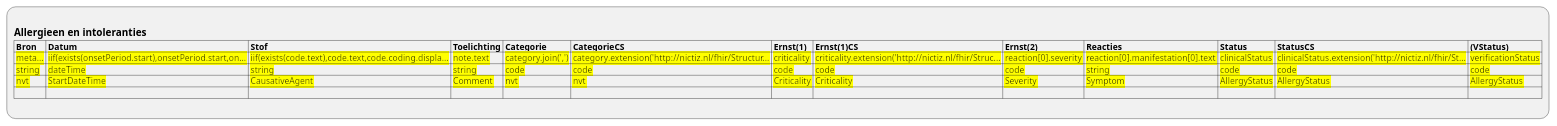
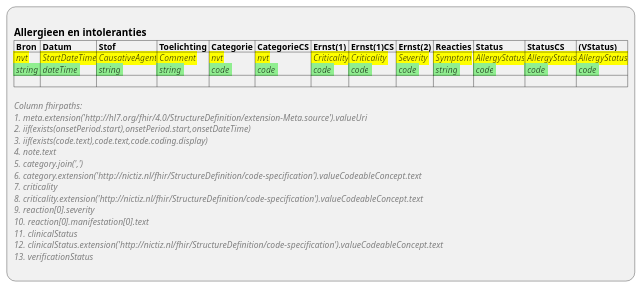
The diagram in input/images-source/ViewDefinition-AllergyIntolerance.plantuml (RIVO-Noord/zorgviewer-ig), drawn with PlantUML before and after one commit. The commit also changed 11 other files, not shown here.

```diff
--- a/input/images-source/ViewDefinition-AllergyIntolerance.plantuml
+++ b/input/images-source/ViewDefinition-AllergyIntolerance.plantuml
@@ -1,10 +1,23 @@
 @startuml ViewDefinition-AllergyIntolerance
 :
 == Allergieen en intoleranties
 |= Bron |= Datum |= Stof |= Toelichting |= Categorie |= CategorieCS |= Ernst(1) |= Ernst(1)CS |= Ernst(2) |= Reacties |= Status |= StatusCS |= (VStatus) |
-|<back:yellow> meta... |<back:yellow> iif(exists(onsetPeriod.start),onsetPeriod.start,on... |<back:yellow> iif(exists(code.text),code.text,code.coding.displa... |<back:yellow> note.text |<back:yellow> category.join(',') |<back:yellow> category.extension('http://nictiz.nl/fhir/Structur... |<back:yellow> criticality |<back:yellow> criticality.extension('http://nictiz.nl/fhir/Struc... |<back:yellow> reaction[0].severity |<back:yellow> reaction[0].manifestation[0].text |<back:yellow> clinicalStatus |<back:yellow> clinicalStatus.extension('http://nictiz.nl/fhir/St... |<back:yellow> verificationStatus |
-|<back:yellow> string |<back:yellow> dateTime |<back:yellow> string |<back:yellow> string |<back:yellow> code |<back:yellow> code |<back:yellow> code |<back:yellow> code |<back:yellow> code |<back:yellow> string |<back:yellow> code |<back:yellow> code |<back:yellow> code |
-|<back:yellow> nvt |<back:yellow> StartDateTime |<back:yellow> CausativeAgent |<back:yellow> Comment |<back:yellow> nvt |<back:yellow> nvt |<back:yellow> Criticality |<back:yellow> Criticality |<back:yellow> Severity |<back:yellow> Symptom |<back:yellow> AllergyStatus |<back:yellow> AllergyStatus |<back:yellow> AllergyStatus |
+|<back:yellow> //nvt//\n<back:lightgreen> //string// |<back:yellow> //StartDateTime//\n<back:lightgreen> //dateTime// |<back:yellow> //CausativeAgent//\n<back:lightgreen> //string// |<back:yellow> //Comment//\n<back:lightgreen> //string// |<back:yellow> //nvt//\n<back:lightgreen> //code// |<back:yellow> //nvt//\n<back:lightgreen> //code// |<back:yellow> //Criticality//\n<back:lightgreen> //code// |<back:yellow> //Criticality//\n<back:lightgreen> //code// |<back:yellow> //Severity//\n<back:lightgreen> //code// |<back:yellow> //Symptom//\n<back:lightgreen> //string// |<back:yellow> //AllergyStatus//\n<back:lightgreen> //code// |<back:yellow> //AllergyStatus//\n<back:lightgreen> //code// |<back:yellow> //AllergyStatus//\n<back:lightgreen> //code// |
 | |
+
+<color:gray>//Column fhirpaths://
+<color:gray>//1. meta.extension('http:~//hl7.org/fhir/4.0/StructureDefinition/extension-Meta.source').valueUri//
+<color:gray>//2. iif(exists(onsetPeriod.start),onsetPeriod.start,onsetDateTime)//
+<color:gray>//3. iif(exists(code.text),code.text,code.coding.display)//
+<color:gray>//4. note.text//
+<color:gray>//5. category.join(',')//
+<color:gray>//6. category.extension('http:~//nictiz.nl/fhir/StructureDefinition/code-specification').valueCodeableConcept.text//
+<color:gray>//7. criticality//
+<color:gray>//8. criticality.extension('http:~//nictiz.nl/fhir/StructureDefinition/code-specification').valueCodeableConcept.text//
+<color:gray>//9. reaction[0].severity//
+<color:gray>//10. reaction[0].manifestation[0].text//
+<color:gray>//11. clinicalStatus//
+<color:gray>//12. clinicalStatus.extension('http:~//nictiz.nl/fhir/StructureDefinition/code-specification').valueCodeableConcept.text//
+<color:gray>//13. verificationStatus//
 ;
 @enduml
```
